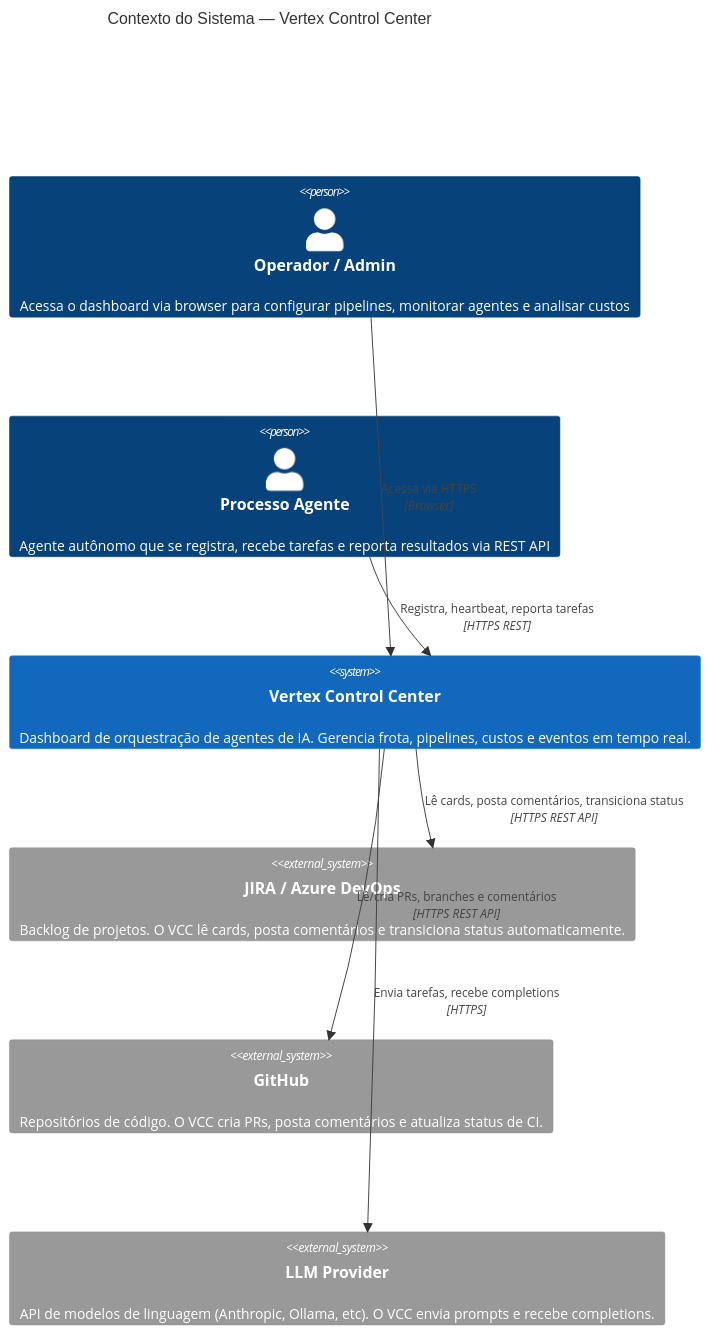
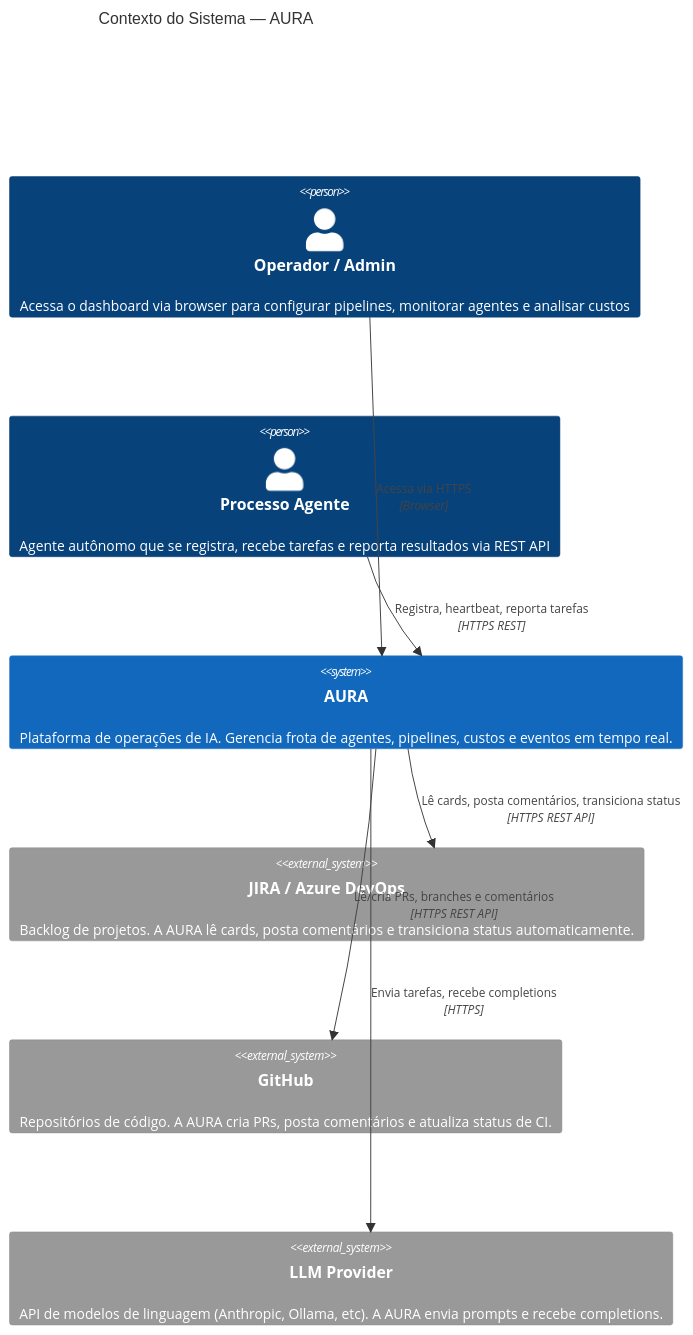
Before and after one commit to kamilaalves1/auraefi: the seventh of 8 diagrams in README.md, drawn with Mermaid. The commit also changed other lines of this file, not shown here.

Commit message:
docs: atualiza README para AURA com MySQL, modo econômico e skill viewer

````diff
--- a/README.md
+++ b/README.md
@@ -586,19 +614,19 @@
 ```mermaid
 C4Context
-    title Contexto do Sistema — Vertex Control Center
+    title Contexto do Sistema — AURA
 
     Person(operador, "Operador / Admin", "Acessa o dashboard via browser para configurar pipelines, monitorar agentes e analisar custos")
     Person(agente, "Processo Agente", "Agente autônomo que se registra, recebe tarefas e reporta resultados via REST API")
 
-    System(vcc, "Vertex Control Center", "Dashboard de orquestração de agentes de IA. Gerencia frota, pipelines, custos e eventos em tempo real.")
+    System(vcc, "AURA", "Plataforma de operações de IA. Gerencia frota de agentes, pipelines, custos e eventos em tempo real.")
 
-    System_Ext(jira, "JIRA / Azure DevOps", "Backlog de projetos. O VCC lê cards, posta comentários e transiciona status automaticamente.")
-    System_Ext(github, "GitHub", "Repositórios de código. O VCC cria PRs, posta comentários e atualiza status de CI.")
-    System_Ext(llm, "LLM Provider", "API de modelos de linguagem (Anthropic, Ollama, etc). O VCC envia prompts e recebe completions.")
+    System_Ext(jira, "JIRA / Azure DevOps", "Backlog de projetos. A AURA lê cards, posta comentários e transiciona status automaticamente.")
+    System_Ext(github, "GitHub", "Repositórios de código. A AURA cria PRs, posta comentários e atualiza status de CI.")
+    System_Ext(llm, "LLM Provider", "API de modelos de linguagem (Anthropic, Ollama, etc). A AURA envia prompts e recebe completions.")
 
     Rel(operador, vcc, "Acessa via HTTPS", "Browser")
     Rel(agente, vcc, "Registra, heartbeat, reporta tarefas", "HTTPS REST")
     Rel(vcc, jira, "Lê cards, posta comentários, transiciona status", "HTTPS REST API")
     Rel(vcc, github, "Lê/cria PRs, branches e comentários", "HTTPS REST API")
     Rel(vcc, llm, "Envia tarefas, recebe completions", "HTTPS")
 ```
````
